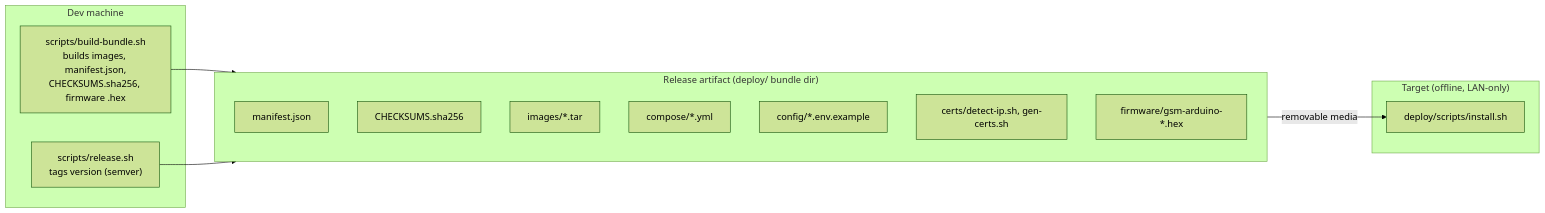
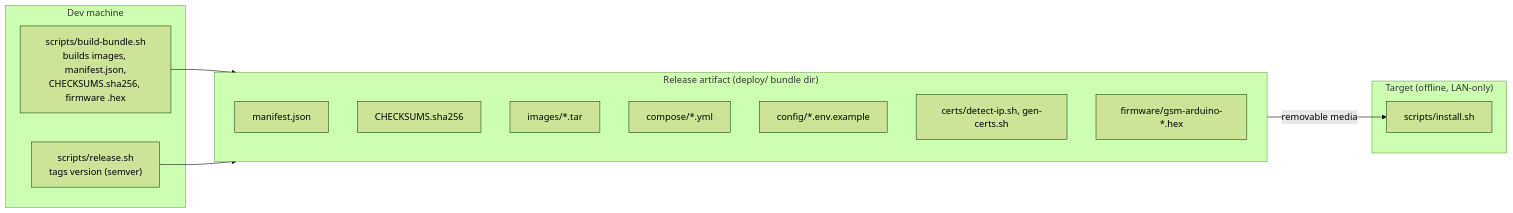
One commit to SAPOT-System/YLP-software changed the first of 3 diagrams in docs/deployment/docker-bundle.md. Above: the diagram before and after it, drawn with Mermaid (forest theme). The commit also changed other lines of this file, not shown here.

Commit message:
docs: correct deploy script paths and expand docker-bundle lifecycle docs

````diff
--- a/docs/deployment/docker-bundle.md
+++ b/docs/deployment/docker-bundle.md
@@ -12,26 +12,26 @@
 ```mermaid
 flowchart LR
     subgraph dev["Dev machine"]
         BB["scripts/build-bundle.sh<br/>builds images, manifest.json,<br/>CHECKSUMS.sha256, firmware .hex"]
         RS["scripts/release.sh<br/>tags version (semver)"]
     end
 
     subgraph bundle["Release artifact (deploy/ bundle dir)"]
         direction TB
         M["manifest.json"]
         C["CHECKSUMS.sha256"]
         I["images/*.tar"]
         CO["compose/*.yml"]
         E["config/*.env.example"]
         CE["certs/detect-ip.sh, gen-certs.sh"]
         F["firmware/gsm-arduino-*.hex"]
     end
 
     subgraph target["Target (offline, LAN-only)"]
-        INS["deploy/scripts/install.sh"]
+        INS["scripts/install.sh"]
     end
 
     BB --> bundle
     RS --> bundle
     bundle -- "removable media" --> INS
 ```
````
